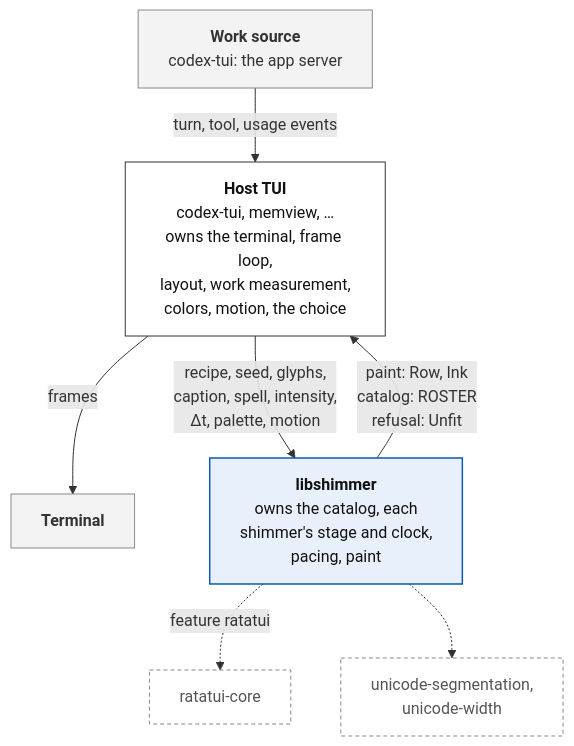
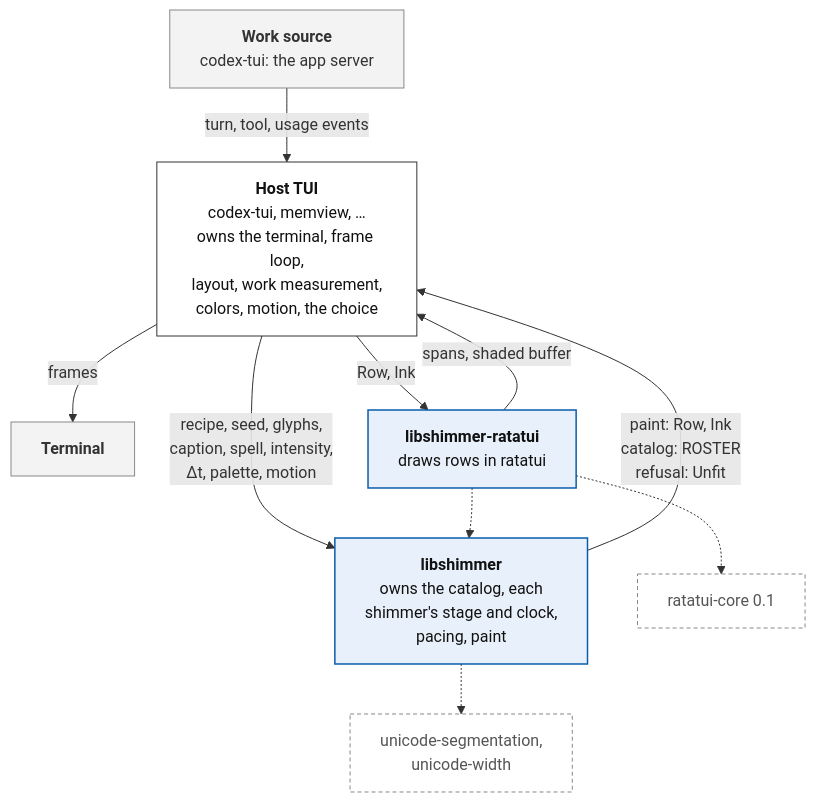
The first of 5 diagrams in SPEC.md (aoaoaoaoaoaoaoaoaoaoaoaoaoaoaoaoaoaoaoa/libshimmer), drawn with Mermaid before and after one commit. The commit also changed other lines of this file and 42 other files, not shown here.

````diff
--- a/SPEC.md
+++ b/SPEC.md
@@ -32,21 +32,25 @@
 ```mermaid
 flowchart TB
   classDef subject fill:#e8f1fb,stroke:#0b5cad,stroke-width:1.5px,color:#111
   classDef host fill:#fff,stroke:#333,color:#111
   classDef outside fill:#f3f3f3,stroke:#888,color:#333
   classDef dep fill:#fff,stroke:#888,color:#555,stroke-dasharray:4 3
 
   work["<b>Work source</b><br/>codex-tui: the app server"]:::outside
   host["<b>Host TUI</b><br/>codex-tui, memview, …<br/>owns the terminal, frame loop,<br/>layout, work measurement,<br/>colors, motion, the choice"]:::host
   term["<b>Terminal</b>"]:::outside
   lib["<b>libshimmer</b><br/>owns the catalog, each<br/>shimmer's stage and clock,<br/>pacing, paint"]:::subject
-  core["ratatui-core"]:::dep
+  adapter["<b>libshimmer-ratatui</b><br/>draws rows in ratatui"]:::subject
+  core["ratatui-core 0.1"]:::dep
   uni["unicode-segmentation,<br/>unicode-width"]:::dep
 
   work -->|"turn, tool, usage events"| host
   host -->|frames| term
   host -->|"recipe, seed, glyphs,<br/>caption, spell, intensity,<br/>Δt, palette, motion"| lib
   lib -->|"paint: Row, Ink<br/>catalog: ROSTER<br/>refusal: Unfit"| host
-  lib -.->|"feature ratatui"| core
   lib -.-> uni
+  host -->|"Row, Ink"| adapter
+  adapter -->|"spans, shaded buffer"| host
+  adapter -.-> lib
+  adapter -.-> core
 ```
````
